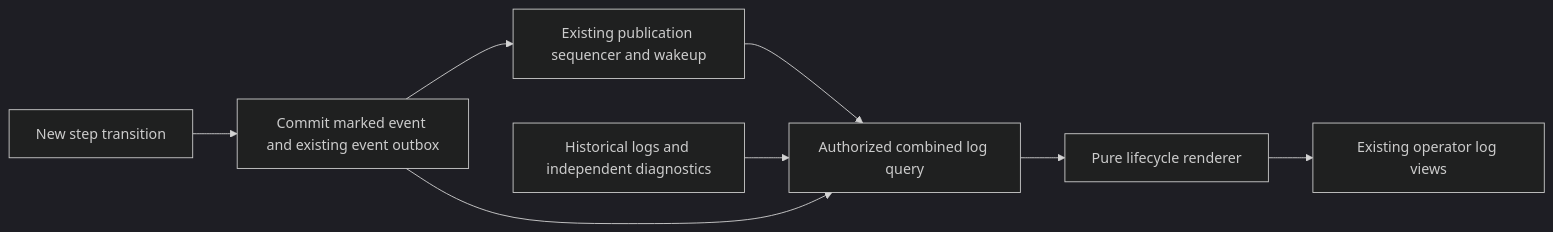
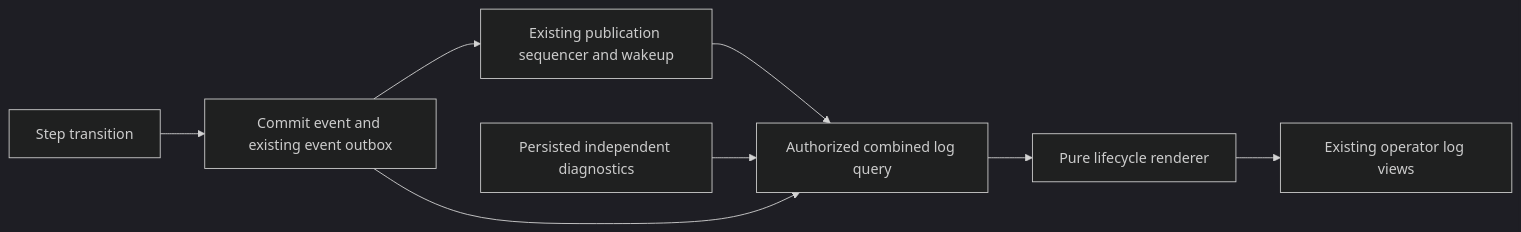
Before and after one commit to eirhop/favn: the second of 2 diagrams in docs/change-records/2026/issue-706-pr-pending-lifecycle-logs.md, drawn with Mermaid (dark theme). The commit also changed other lines of this file, not shown here.

````diff
--- a/docs/change-records/2026/issue-706-pr-pending-lifecycle-logs.md
+++ b/docs/change-records/2026/issue-706-pr-pending-lifecycle-logs.md
@@ -207,10 +198,10 @@
 ```mermaid
 flowchart LR
-    A[New step transition] --> B[Commit marked event and existing event outbox]
+    A[Step transition] --> B[Commit event and existing event outbox]
     B --> C[Existing publication sequencer and wakeup]
     C --> D[Authorized combined log query]
-    H[Historical logs and independent diagnostics] --> D
+    H[Persisted independent diagnostics] --> D
     B --> D
     D --> E[Pure lifecycle renderer]
     E --> F[Existing operator log views]
 ```
````
